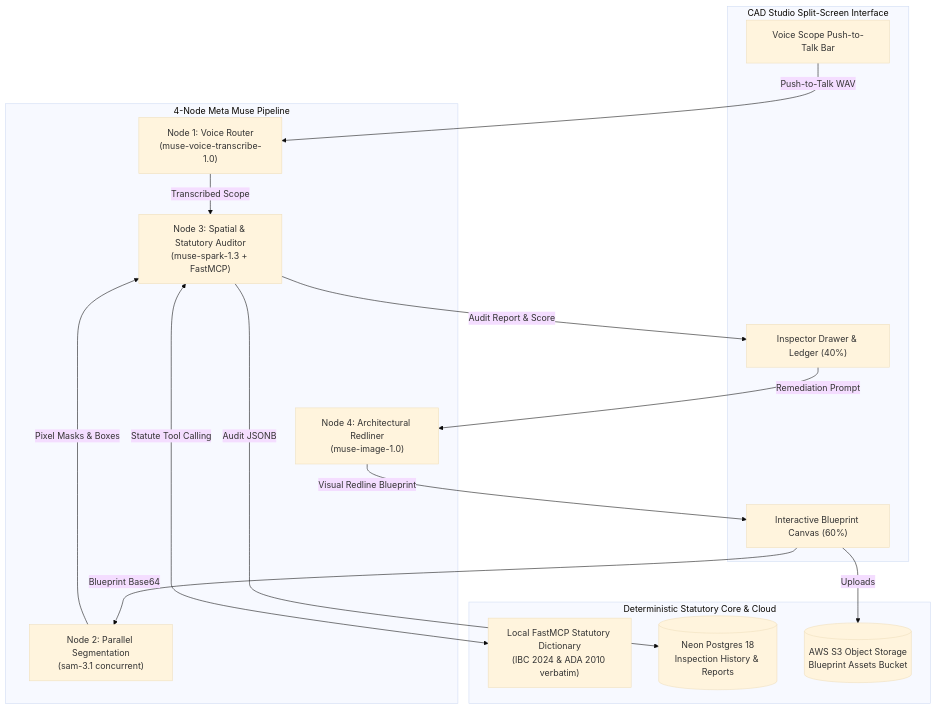
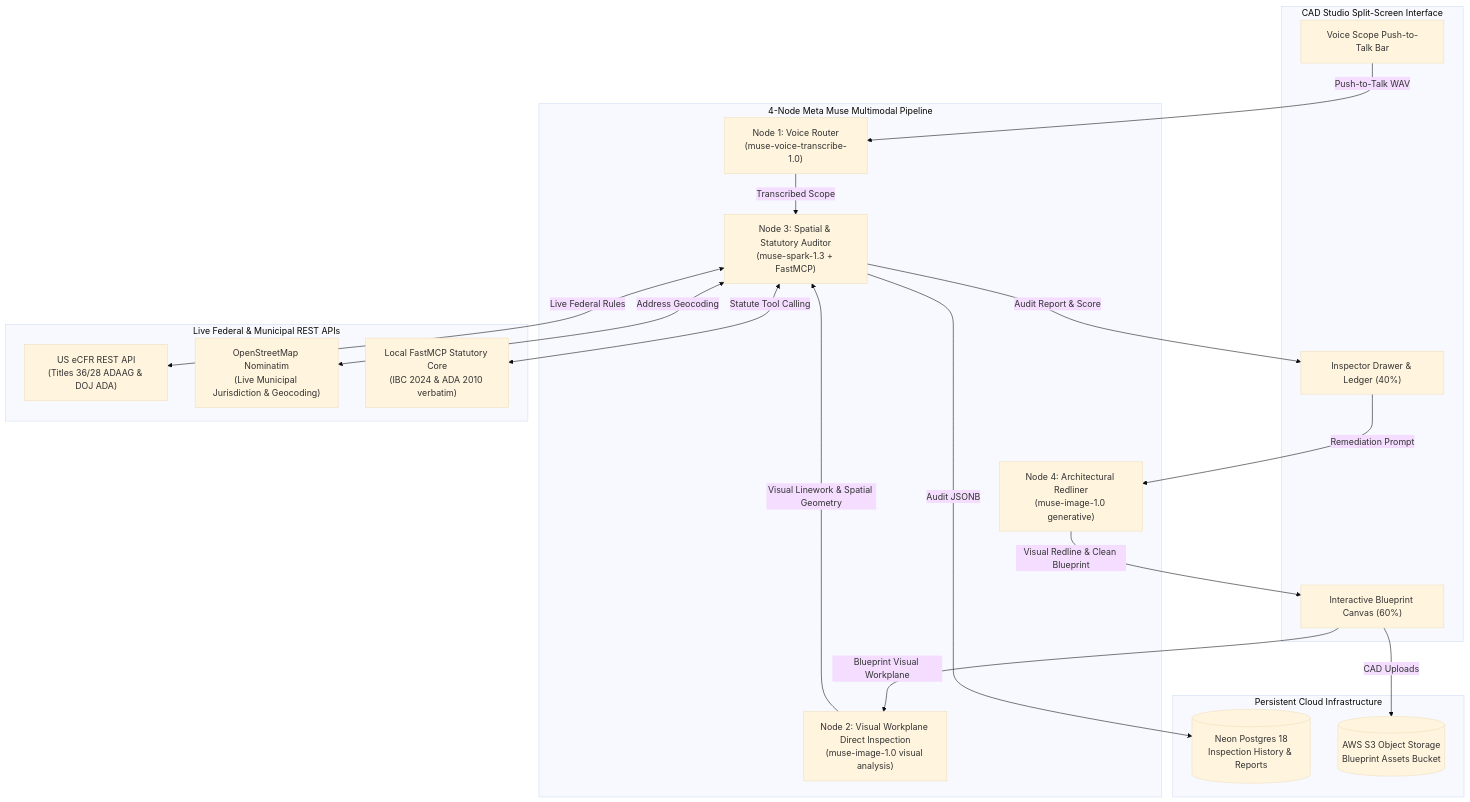
The diagram in README.md (AbrarMuhtasim14/planpass), drawn with Mermaid (base theme) before and after one commit. The commit also changed other lines of this file and 1 other file, not shown here.

Commit message:
docs & core: clarify live eCFR REST API, OSM Nominatim jurisdiction, and Muse Image visual workplane inspection

````diff
--- a/README.md
+++ b/README.md
@@ -67,32 +69,39 @@
 ```mermaid
 flowchart TD
     subgraph UI ["CAD Studio Split-Screen Interface"]
         PTT["Voice Scope Push-to-Talk Bar"]
         CANVAS["Interactive Blueprint Canvas (60%)"]
         LEDGER["Inspector Drawer & Ledger (40%)"]
     end
 
-    subgraph Agents ["4-Node Meta Muse Pipeline"]
+    subgraph Agents ["4-Node Meta Muse Multimodal Pipeline"]
         N1["Node 1: Voice Router<br/>(muse-voice-transcribe-1.0)"]
-        N2["Node 2: Parallel Segmentation<br/>(sam-3.1 concurrent)"]
+        N2["Node 2: Visual Workplane Direct Inspection<br/>(muse-image-1.0 visual analysis)"]
         N3["Node 3: Spatial & Statutory Auditor<br/>(muse-spark-1.3 + FastMCP)"]
-        N4["Node 4: Architectural Redliner<br/>(muse-image-1.0)"]
+        N4["Node 4: Architectural Redliner<br/>(muse-image-1.0 generative)"]
     end
 
-    subgraph Core ["Deterministic Statutory Core & Cloud"]
-        MCP_DICT["Local FastMCP Statutory Dictionary<br/>(IBC 2024 & ADA 2010 verbatim)"]
+    subgraph LiveAPIs ["Live Federal & Municipal REST APIs"]
+        ECFR["US eCFR REST API<br/>(Titles 36/28 ADAAG & DOJ ADA)"]
+        NOMINATIM["OpenStreetMap Nominatim<br/>(Live Municipal Jurisdiction & Geocoding)"]
+        MCP_DICT["Local FastMCP Statutory Core<br/>(IBC 2024 & ADA 2010 verbatim)"]
+    end
+
+    subgraph Core ["Persistent Cloud Infrastructure"]
         NEON_DB[("Neon Postgres 18<br/>Inspection History & Reports")]
         NEON_S3[("AWS S3 Object Storage<br/>Blueprint Assets Bucket")]
     end
 
     PTT -->|Push-to-Talk WAV| N1
     N1 -->|Transcribed Scope| N3
-    CANVAS -->|Blueprint Base64| N2
-    CANVAS -->|Uploads| NEON_S3
-    N2 -->|Pixel Masks & Boxes| N3
+    CANVAS -->|Blueprint Visual Workplane| N2
+    CANVAS -->|CAD Uploads| NEON_S3
+    N2 -->|Visual Linework & Spatial Geometry| N3
+    N3 <-->|Live Federal Rules| ECFR
+    N3 <-->|Address Geocoding| NOMINATIM
     N3 <-->|Statute Tool Calling| MCP_DICT
     N3 -->|Audit Report & Score| LEDGER
     N3 -->|Audit JSONB| NEON_DB
     LEDGER -->|Remediation Prompt| N4
-    N4 -->|Visual Redline Blueprint| CANVAS
+    N4 -->|Visual Redline & Clean Blueprint| CANVAS
 ```
````
